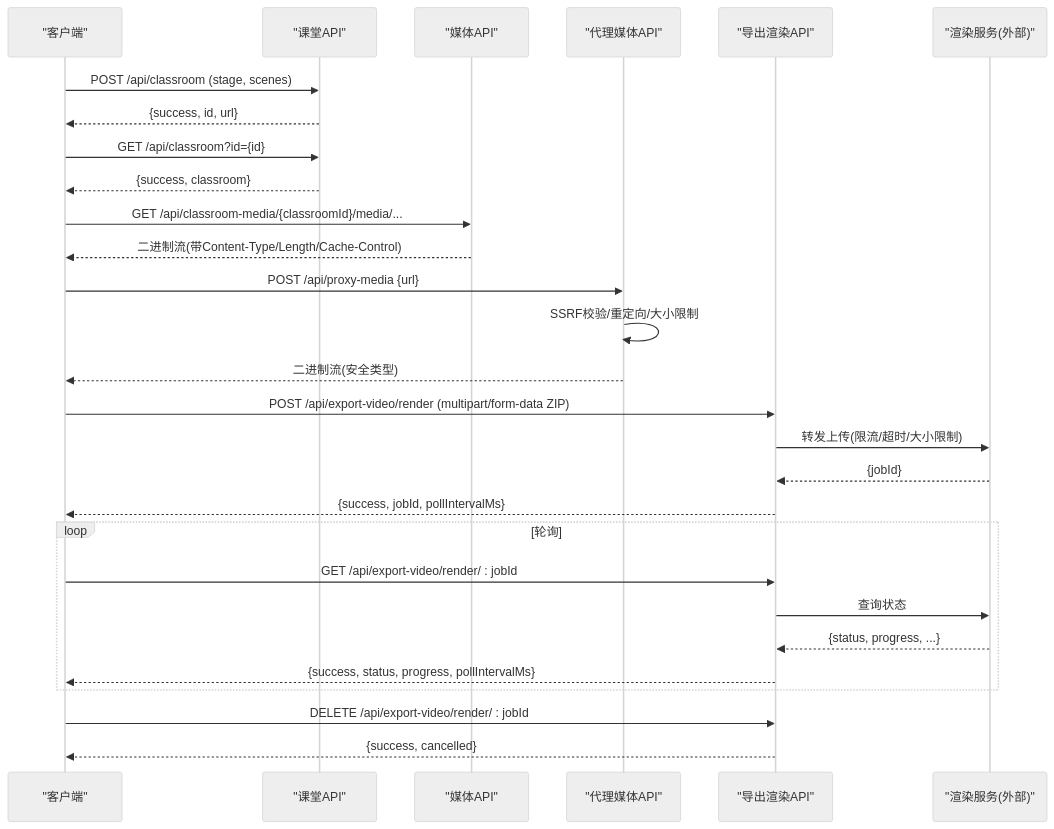
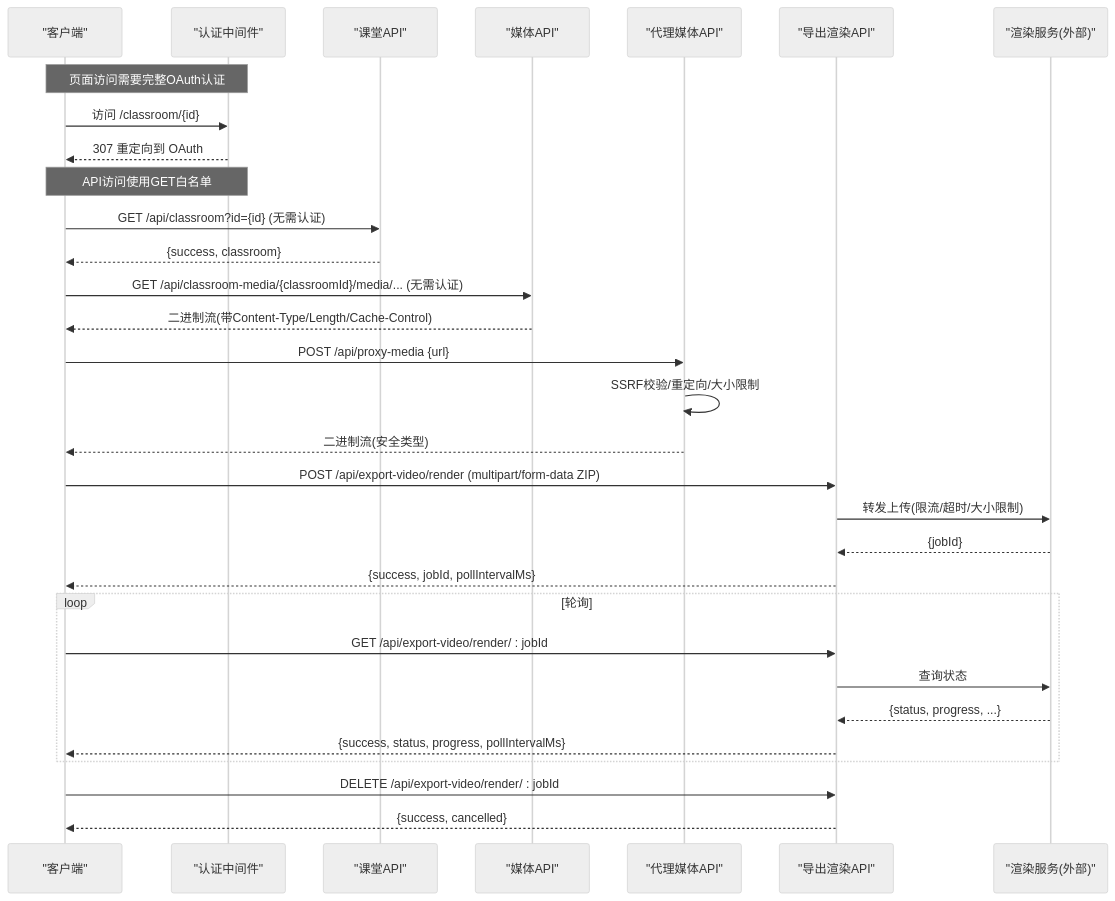
The first of 2 diagrams in .qoder/repowiki/zh/content/API 接口参考/课堂管理类 API.md (huangboheng/OpenMAIC), drawn with Mermaid (neutral theme) before and after one commit. The commit also changed other lines of this file and 2 other files, not shown here.

````diff
--- a/.qoder/repowiki/zh/content/API 接口参考/课堂管理类 API.md
+++ b/.qoder/repowiki/zh/content/API 接口参考/课堂管理类 API.md
@@ -33,30 +36,33 @@
 ```mermaid
 sequenceDiagram
 participant Client as "客户端"
+participant Auth as "认证中间件"
 participant ClassroomAPI as "课堂API"
 participant MediaAPI as "媒体API"
 participant ProxyMedia as "代理媒体API"
 participant ExportRender as "导出渲染API"
 participant RenderService as "渲染服务(外部)"
-Client->>ClassroomAPI : POST /api/classroom (stage, scenes)
-ClassroomAPI-->>Client : {success, id, url}
-Client->>ClassroomAPI : GET /api/classroom?id={id}
+Note over Client,Auth : 页面访问需要完整OAuth认证
+Client->>Auth : 访问 /classroom/{id}
+Auth-->>Client : 307 重定向到 OAuth
+Note over Client,Auth : API访问使用GET白名单
+Client->>ClassroomAPI : GET /api/classroom?id={id} (无需认证)
 ClassroomAPI-->>Client : {success, classroom}
-Client->>MediaAPI : GET /api/classroom-media/{classroomId}/media/...
+Client->>MediaAPI : GET /api/classroom-media/{classroomId}/media/... (无需认证)
 MediaAPI-->>Client : 二进制流(带Content-Type/Length/Cache-Control)
 Client->>ProxyMedia : POST /api/proxy-media {url}
 ProxyMedia->>ProxyMedia : SSRF校验/重定向/大小限制
 ProxyMedia-->>Client : 二进制流(安全类型)
 Client->>ExportRender : POST /api/export-video/render (multipart/form-data ZIP)
 ExportRender->>RenderService : 转发上传(限流/超时/大小限制)
 RenderService-->>ExportRender : {jobId}
 ExportRender-->>Client : {success, jobId, pollIntervalMs}
 loop 轮询
 Client->>ExportRender : GET /api/export-video/render/ : jobId
 ExportRender->>RenderService : 查询状态
 RenderService-->>ExportRender : {status, progress, ...}
 ExportRender-->>Client : {success, status, progress, pollIntervalMs}
 end
 Client->>ExportRender : DELETE /api/export-video/render/ : jobId
 ExportRender-->>Client : {success, cancelled}
 ```
````
